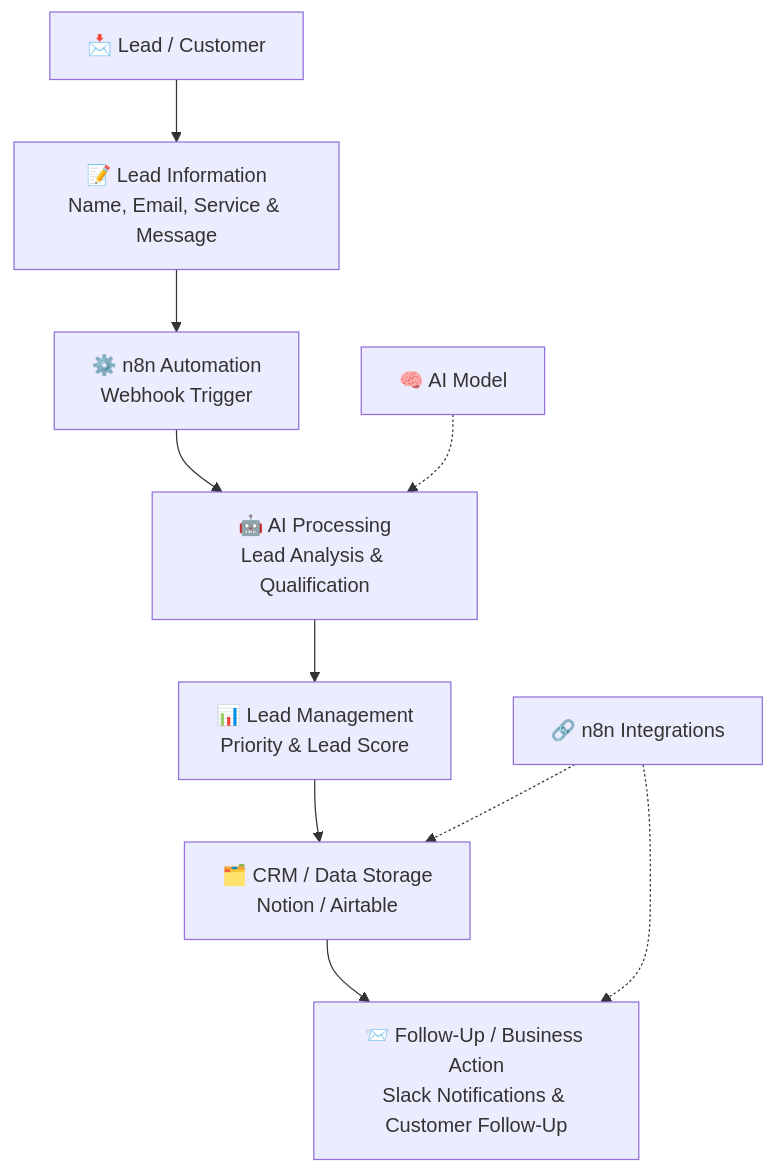
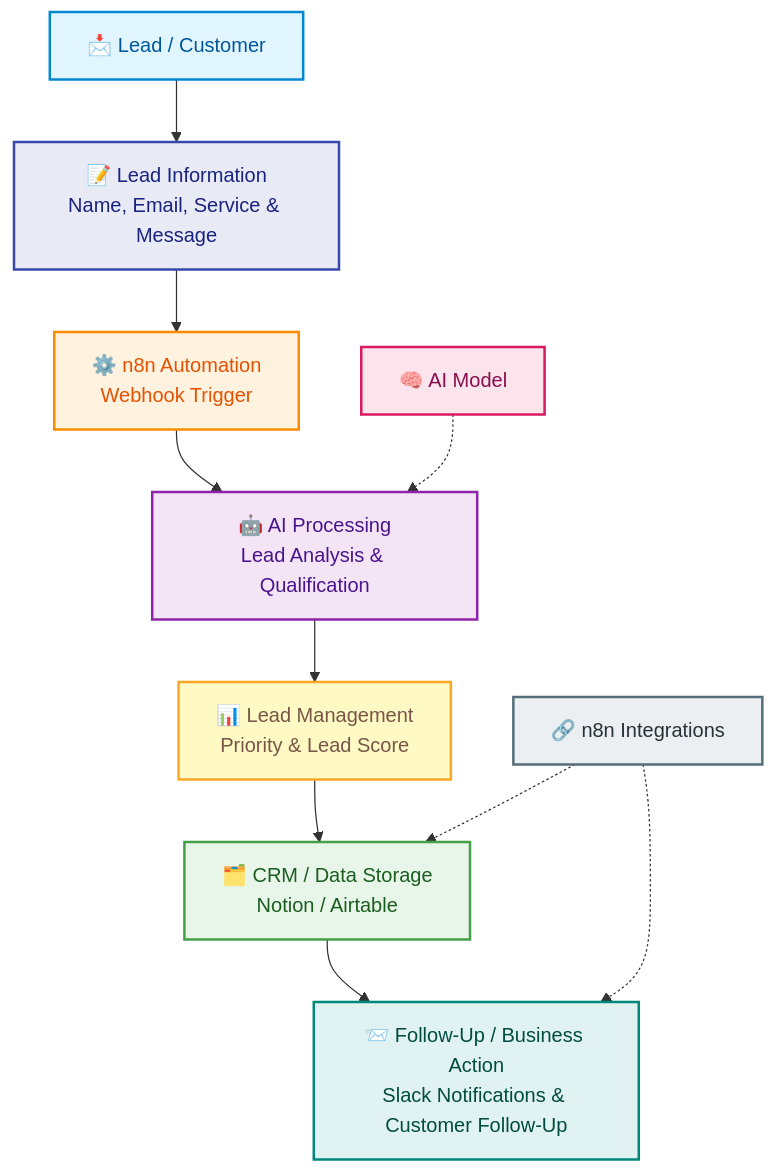
One commit to syedaliabbashamdani/ai-lead-management-crm changed the diagram in README.md. Above: the diagram before and after it, drawn with Mermaid. The commit also changed other lines of this file, not shown here.

````diff
--- a/README.md
+++ b/README.md
@@ -35,13 +36,23 @@
 ```mermaid
 flowchart TD
     A["📩 Lead / Customer"] --> B["📝 Lead Information<br/>Name, Email, Service & Message"]
     B --> C["⚙️ n8n Automation<br/>Webhook Trigger"]
     C --> D["🤖 AI Processing<br/>Lead Analysis & Qualification"]
     D --> E["📊 Lead Management<br/>Priority & Lead Score"]
     E --> F["🗂️ CRM / Data Storage<br/>Notion / Airtable"]
     F --> G["📨 Follow-Up / Business Action<br/>Slack Notifications & Customer Follow-Up"]
 
     H["🧠 AI Model"] -.-> D
     I["🔗 n8n Integrations"] -.-> F
     I -.-> G
+
+    style A fill:#E1F5FE,stroke:#0288D1,stroke-width:2px,color:#01579B
+    style B fill:#E8EAF6,stroke:#3949AB,stroke-width:2px,color:#1A237E
+    style C fill:#FFF3E0,stroke:#FB8C00,stroke-width:2px,color:#E65100
+    style D fill:#F3E5F5,stroke:#8E24AA,stroke-width:2px,color:#4A148C
+    style E fill:#FFF9C4,stroke:#F9A825,stroke-width:2px,color:#795548
+    style F fill:#E8F5E9,stroke:#43A047,stroke-width:2px,color:#1B5E20
+    style G fill:#E0F2F1,stroke:#00897B,stroke-width:2px,color:#004D40
+    style H fill:#FCE4EC,stroke:#D81B60,stroke-width:2px,color:#880E4F
+    style I fill:#ECEFF1,stroke:#546E7A,stroke-width:2px,color:#263238
 ```
````
